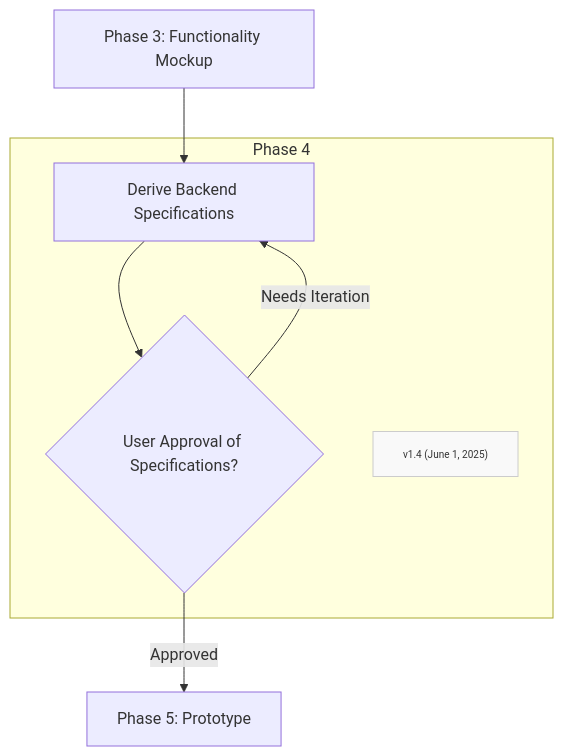
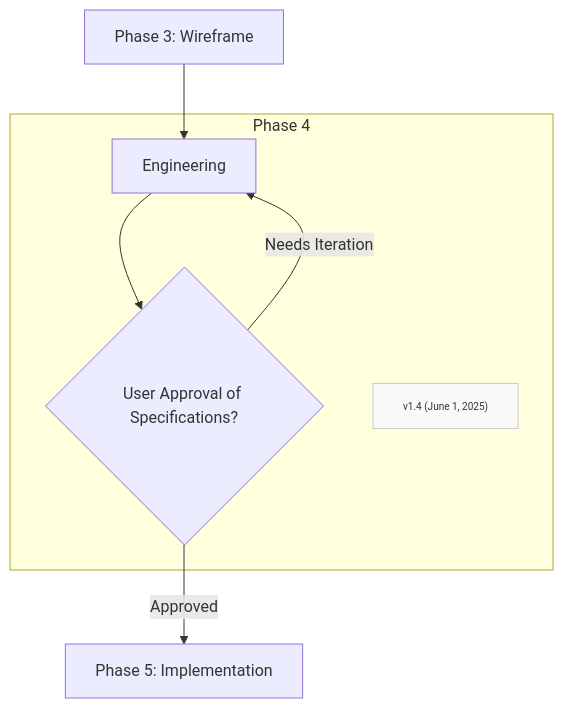
Before and after one commit to Mharbulous/Front-First-Method: the diagram in Phases/FF-phase4.md, drawn with Mermaid. The commit also changed 7 other files, not shown here.

````diff
--- a/Phases/FF-phase4.md
+++ b/Phases/FF-phase4.md
@@ -2,19 +2,19 @@
 ```mermaid
 graph TD
     
-B1["Phase 3: Functionality Mockup"]  --> B2["Derive Backend Specifications"] 
+B1["Phase 3: Wireframe"]  --> B2["Engineering"] 
 
     subgraph Phase4["Phase 4"]
         B2 --> B3_Val{"User Approval of Specifications?"}
         B3_Val -->|Needs Iteration| B2
         
         Version["v1.4 (June 1, 2025)"]
         classDef version fill:#f9f9f9,stroke:#ccc,font-size:10px
         class Version version
         
     end
 
-B3_Val -->|Approved| Phase5["Phase 5: Prototype"]
+B3_Val -->|Approved| Phase5["Phase 5: Implementation"]
 
 
 ```
````
